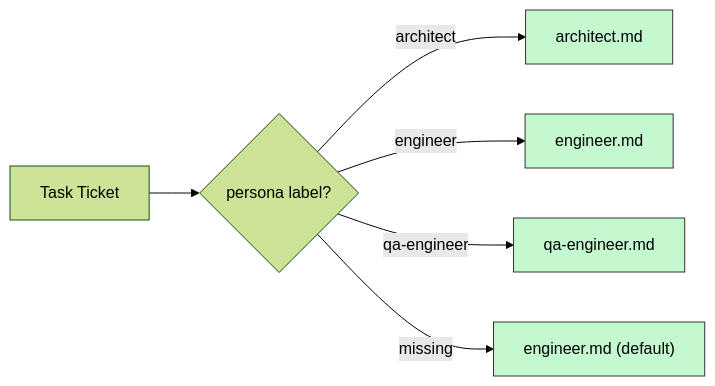
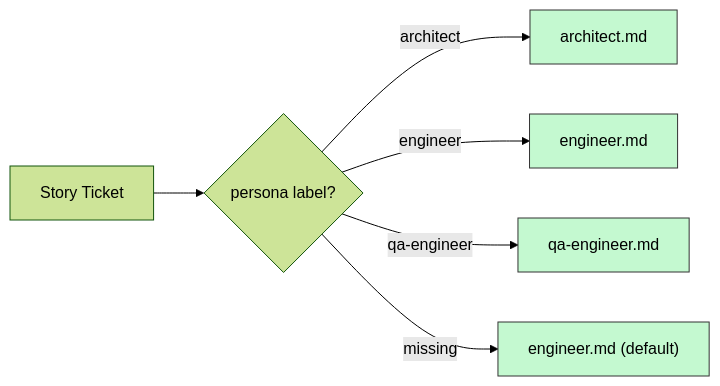
Before and after one commit to dsj1984/mandrel: the second of 7 diagrams in docs/architecture.md, drawn with Mermaid (forest theme). The commit also changed other lines of this file and 3 other files, not shown here.

````diff
--- a/docs/architecture.md
+++ b/docs/architecture.md
@@ -130,10 +130,10 @@
 ```mermaid
 graph LR
     classDef active fill:#c4f9d0,stroke:#333,color:#000
 
-    T["Task Ticket"] --> L{"persona label?"}
+    S["Story Ticket"] --> L{"persona label?"}
     L -->|"architect"| A["architect.md"]:::active
     L -->|"engineer"| E["engineer.md"]:::active
     L -->|"qa-engineer"| Q["qa-engineer.md"]:::active
     L -->|"missing"| D["engineer.md (default)"]:::active
 ```
````
